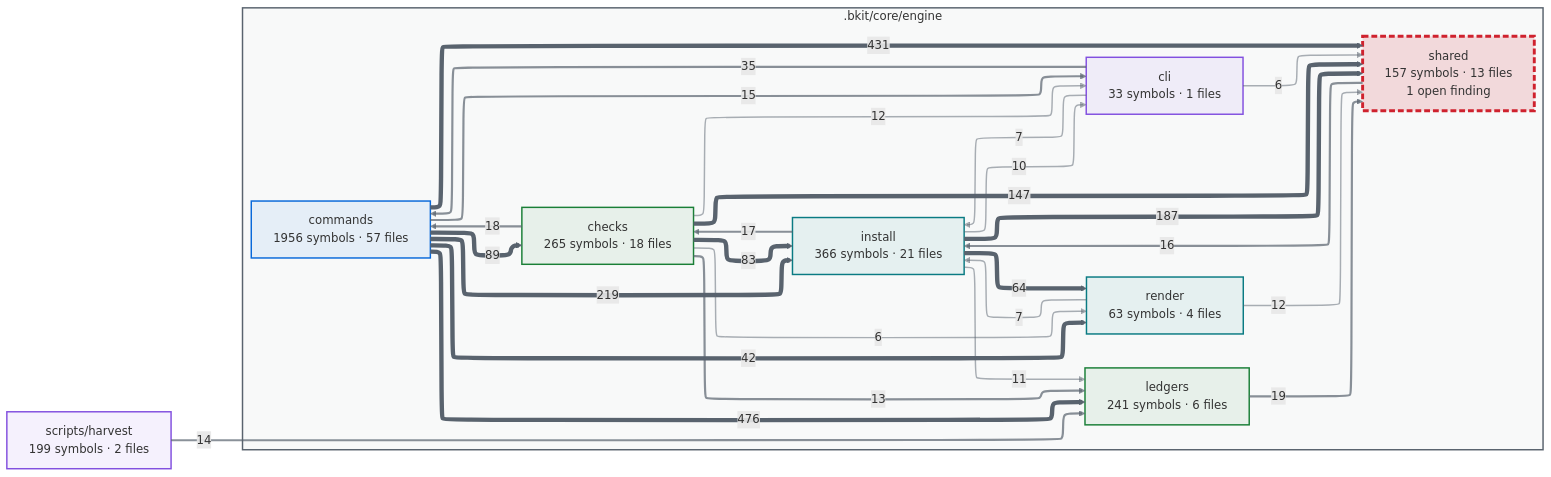
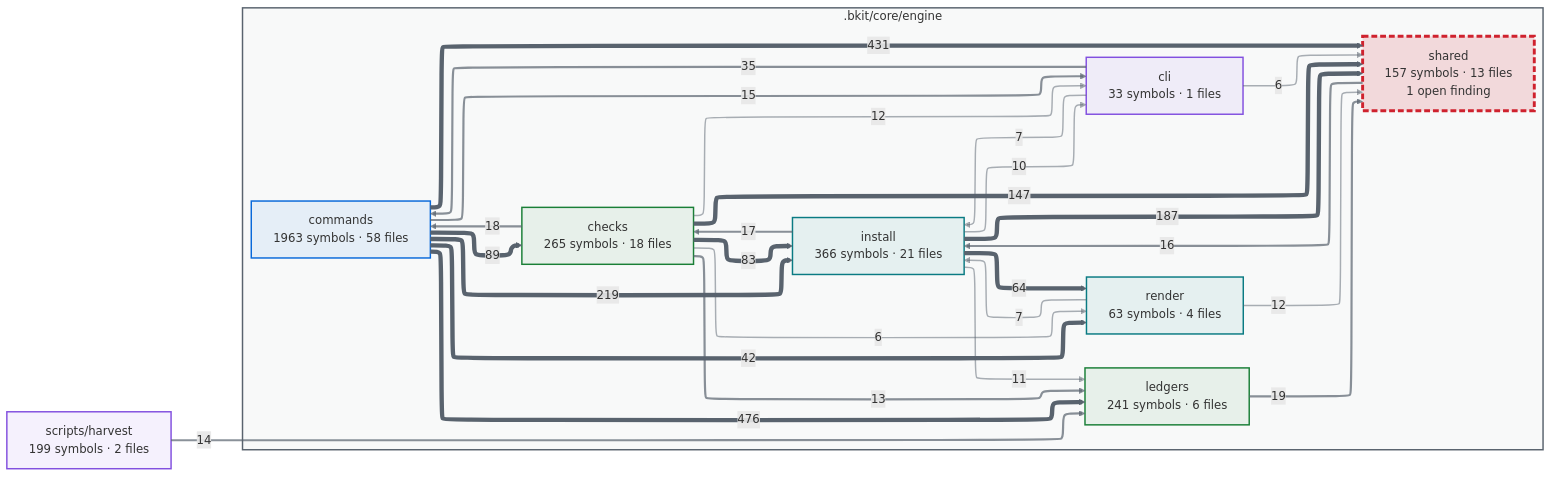
Before and after one commit to cbartens/bkit: the first of 2 diagrams in docs/capabilities.md, drawn with Mermaid. The commit also changed other lines of this file and 111 other files, not shown here.

````diff
--- a/docs/capabilities.md
+++ b/docs/capabilities.md
@@ -116,80 +116,80 @@
 ```mermaid
 ---
 config:
   layout: elk
   themeCSS: "marker { overflow: visible; } marker path { transform: scale(1.8); transform-origin: 5px 5px; }"
   flowchart:
     useMaxWidth: false
 ---
 flowchart LR
   %% Generated by bkit-graphify-rollup.py — do not edit
   subgraph gn_bkit_core_engine[".bkit/core/engine"]
     n_bkit_core_engine_checks["checks<br/>265 symbols · 18 files"]
     n_bkit_core_engine_cli["cli<br/>33 symbols · 1 files"]
-    n_bkit_core_engine_commands["commands<br/>1956 symbols · 57 files"]
+    n_bkit_core_engine_commands["commands<br/>1963 symbols · 58 files"]
     n_bkit_core_engine_install["install<br/>366 symbols · 21 files"]
     n_bkit_core_engine_ledgers["ledgers<br/>241 symbols · 6 files"]
     n_bkit_core_engine_render["render<br/>63 symbols · 4 files"]
     n_bkit_core_engine_shared["shared<br/>157 symbols · 13 files<br/>1 open finding"]
   end
   nscripts_harvest["scripts/harvest<br/>199 symbols · 2 files"]
   n_bkit_core_engine_commands -->|476| n_bkit_core_engine_ledgers
   n_bkit_core_engine_commands -->|431| n_bkit_core_engine_shared
   n_bkit_core_engine_commands -->|219| n_bkit_core_engine_install
   n_bkit_core_engine_install -->|187| n_bkit_core_engine_shared
   n_bkit_core_engine_checks -->|147| n_bkit_core_engine_shared
   n_bkit_core_engine_commands -->|89| n_bkit_core_engine_checks
   n_bkit_core_engine_checks -->|83| n_bkit_core_engine_install
   n_bkit_core_engine_install -->|64| n_bkit_core_engine_render
   n_bkit_core_engine_commands -->|42| n_bkit_core_engine_render
   n_bkit_core_engine_cli -->|35| n_bkit_core_engine_commands
   n_bkit_core_engine_ledgers -->|19| n_bkit_core_engine_shared
   n_bkit_core_engine_checks -->|18| n_bkit_core_engine_commands
   n_bkit_core_engine_install -->|17| n_bkit_core_engine_checks
   n_bkit_core_engine_shared -->|16| n_bkit_core_engine_install
   n_bkit_core_engine_commands -->|15| n_bkit_core_engine_cli
   nscripts_harvest -->|14| n_bkit_core_engine_ledgers
   n_bkit_core_engine_checks -->|13| n_bkit_core_engine_ledgers
   n_bkit_core_engine_checks -->|12| n_bkit_core_engine_cli
   n_bkit_core_engine_render -->|12| n_bkit_core_engine_shared
   n_bkit_core_engine_install -->|11| n_bkit_core_engine_ledgers
   n_bkit_core_engine_install -->|10| n_bkit_core_engine_cli
   n_bkit_core_engine_cli -->|7| n_bkit_core_engine_install
   n_bkit_core_engine_render -->|7| n_bkit_core_engine_install
   n_bkit_core_engine_checks -->|6| n_bkit_core_engine_render
   n_bkit_core_engine_cli -->|6| n_bkit_core_engine_shared
   style gn_bkit_core_engine fill:#59636e0a,stroke:#59636e,stroke-width:2px
   style n_bkit_core_engine_checks stroke:#1a7f37,stroke-width:2px,fill:#1a7f3714
   style n_bkit_core_engine_cli stroke:#8250df,stroke-width:2px,fill:#8250df14
   style n_bkit_core_engine_commands stroke:#0969da,stroke-width:2px,fill:#0969da14
   style n_bkit_core_engine_install stroke:#0a7b83,stroke-width:2px,fill:#0a7b8314
   style n_bkit_core_engine_ledgers stroke:#1a7f37,stroke-width:2px,fill:#1a7f3714
   style n_bkit_core_engine_render stroke:#0a7b83,stroke-width:2px,fill:#0a7b8314
   style n_bkit_core_engine_shared stroke:#cf222e,stroke-width:4px,stroke-dasharray:8 4,fill:#cf222e26
   style nscripts_harvest stroke:#8250df,stroke-width:2px,fill:#8250df14
   linkStyle 0 stroke:#59636e,stroke-width:6px
   linkStyle 1 stroke:#59636e,stroke-width:6px
   linkStyle 2 stroke:#59636e,stroke-width:6px
   linkStyle 3 stroke:#59636e,stroke-width:6px
   linkStyle 4 stroke:#59636e,stroke-width:6px
   linkStyle 5 stroke:#59636e,stroke-width:6px
   linkStyle 6 stroke:#59636e,stroke-width:6px
   linkStyle 7 stroke:#59636e,stroke-width:6px
   linkStyle 8 stroke:#59636e,stroke-width:6px
   linkStyle 9 stroke:#59636eb3,stroke-width:3px
   linkStyle 10 stroke:#59636eb3,stroke-width:3px
   linkStyle 11 stroke:#59636eb3,stroke-width:3px
   linkStyle 12 stroke:#59636eb3,stroke-width:3px
   linkStyle 13 stroke:#59636eb3,stroke-width:3px
   linkStyle 14 stroke:#59636eb3,stroke-width:3px
   linkStyle 15 stroke:#59636eb3,stroke-width:3px
   linkStyle 16 stroke:#59636eb3,stroke-width:3px
   linkStyle 17 stroke:#59636e80,stroke-width:2px
   linkStyle 18 stroke:#59636e80,stroke-width:2px
   linkStyle 19 stroke:#59636e80,stroke-width:2px
   linkStyle 20 stroke:#59636e80,stroke-width:2px
   linkStyle 21 stroke:#59636e80,stroke-width:2px
   linkStyle 22 stroke:#59636e80,stroke-width:2px
   linkStyle 23 stroke:#59636e80,stroke-width:2px
   linkStyle 24 stroke:#59636e80,stroke-width:2px
 ```
````
